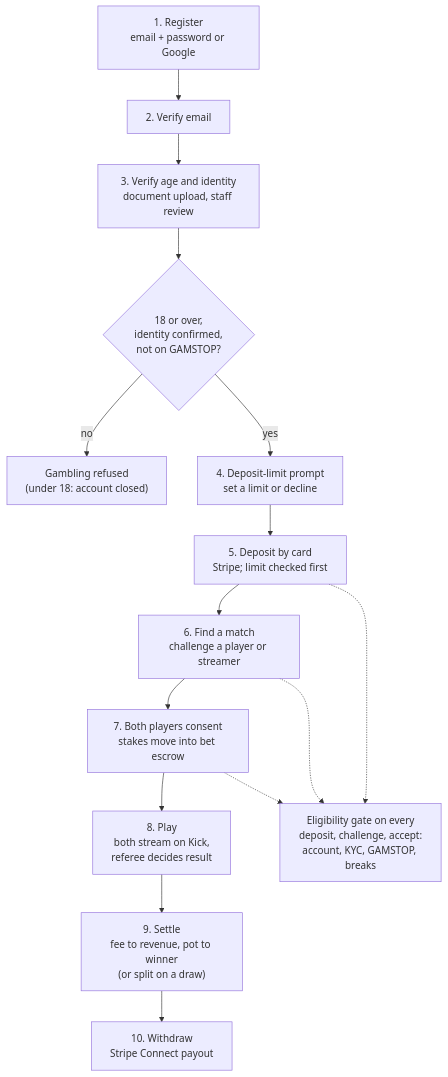
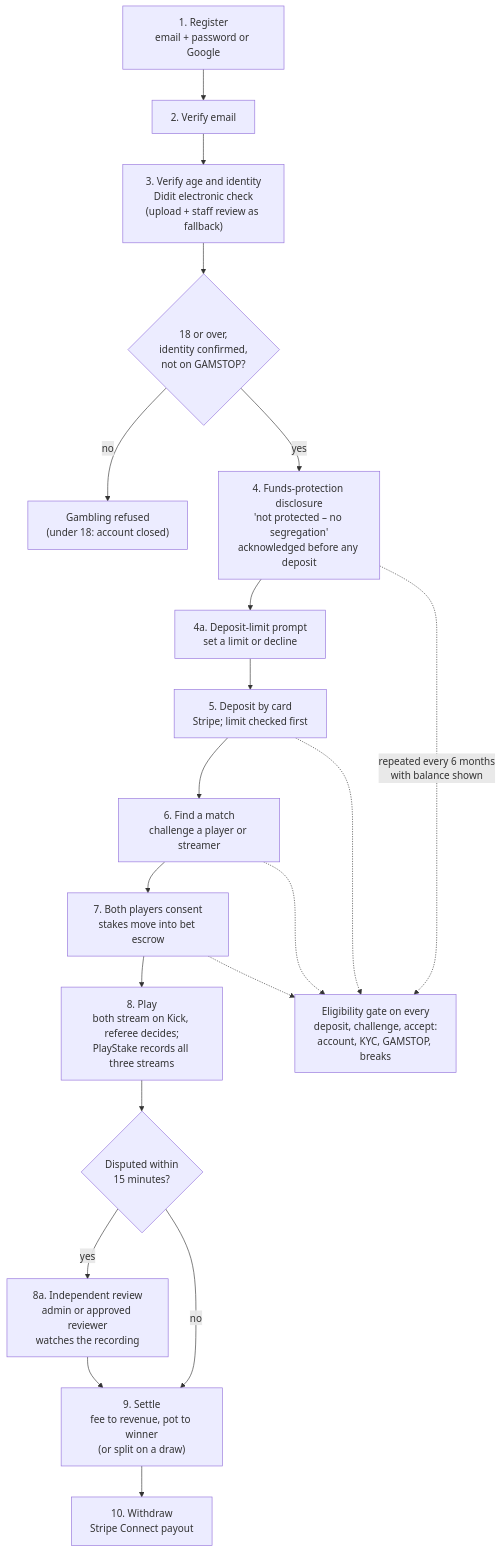
One commit to mayswill3/PlayStake changed the first of 2 diagrams in docs/compliance/09-end-to-end-flow.md. Above: the diagram before and after it, drawn with Mermaid. The commit also changed other lines of this file and 50 other files, not shown here.

````diff
--- a/docs/compliance/09-end-to-end-flow.md
+++ b/docs/compliance/09-end-to-end-flow.md
@@ -19,17 +19,22 @@
 ```mermaid
 flowchart TD
   A["1. Register<br/>email + password or Google"] --> B["2. Verify email"]
-  B --> C["3. Verify age and identity<br/>document upload, staff review"]
+  B --> C["3. Verify age and identity<br/>Didit electronic check<br/>(upload + staff review as fallback)"]
   C --> D{"18 or over,<br/>identity confirmed,<br/>not on GAMSTOP?"}
   D -- no --> X["Gambling refused<br/>(under 18: account closed)"]
-  D -- yes --> E["4. Deposit-limit prompt<br/>set a limit or decline"]
+  D -- yes --> FP["4. Funds-protection disclosure<br/>'not protected – no segregation'<br/>acknowledged before any deposit"]
+  FP --> E["4a. Deposit-limit prompt<br/>set a limit or decline"]
   E --> F["5. Deposit by card<br/>Stripe; limit checked first"]
   F --> G["6. Find a match<br/>challenge a player or streamer"]
   G --> H["7. Both players consent<br/>stakes move into bet escrow"]
-  H --> I["8. Play<br/>both stream on Kick,<br/>referee decides result"]
-  I --> J["9. Settle<br/>fee to revenue, pot to winner<br/>(or split on a draw)"]
+  H --> I["8. Play<br/>both stream on Kick, referee decides;<br/>PlayStake records all three streams"]
+  I --> DS{"Disputed within<br/>15 minutes?"}
+  DS -- yes --> RV["8a. Independent review<br/>admin or approved reviewer<br/>watches the recording"]
+  RV --> J
+  DS -- no --> J["9. Settle<br/>fee to revenue, pot to winner<br/>(or split on a draw)"]
   J --> K["10. Withdraw<br/>Stripe Connect payout"]
   G -.-> L["Eligibility gate on every<br/>deposit, challenge, accept:<br/>account, KYC, GAMSTOP, breaks"]
   H -.-> L
   F -.-> L
+  FP -. "repeated every 6 months<br/>with balance shown" .-> L
 ```
````
